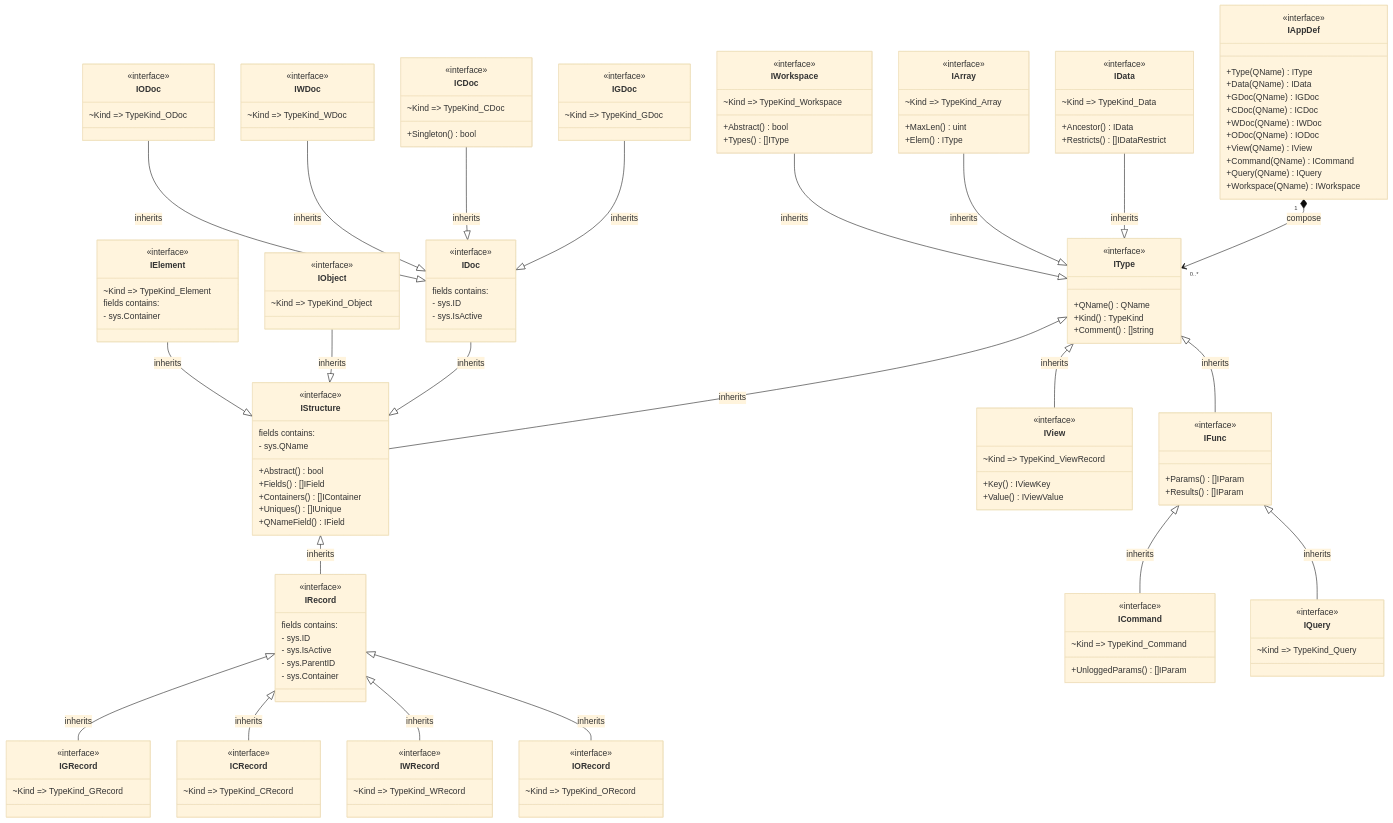
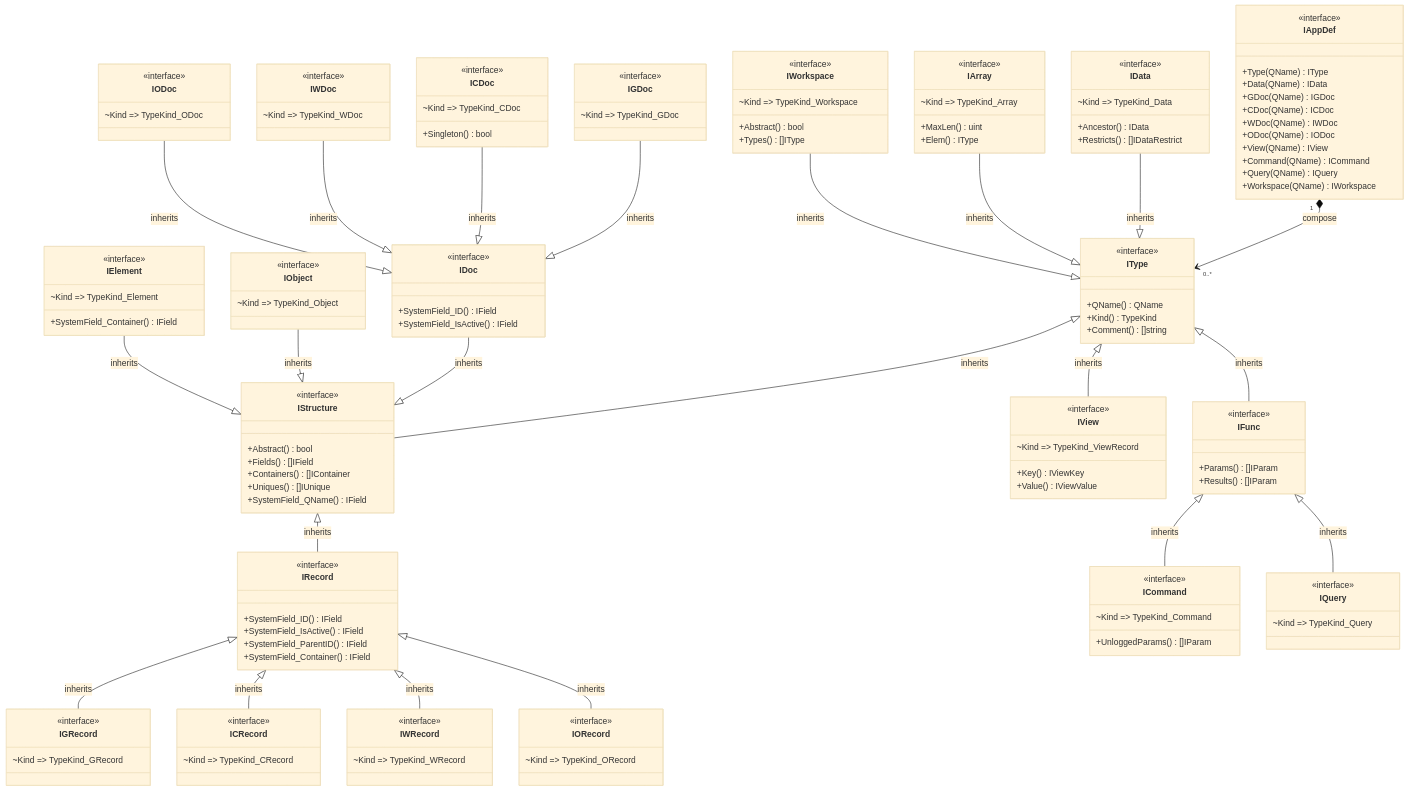
One commit to voedger/voedger changed the first of 6 diagrams in pkg/appdef/README.md. Above: the diagram before and after it, drawn with Mermaid (base theme). The commit also changed other lines of this file, not shown here.

```diff
--- a/pkg/appdef/README.md
+++ b/pkg/appdef/README.md
@@ -49,21 +49,18 @@
     IType <|-- IStructure : inherits
     class IStructure {
         <<interface>>
-        fields contains: 
-        - sys.QName
         +Abstract() bool
         +Fields() []IField
         +Containers() []IContainer
         +Uniques() []IUnique
-        +QNameField() IField
+        +SystemField_QName() IField
     }
 
     IDoc --|> IStructure : inherits
     class IDoc {
         <<interface>>
-        fields contains: 
-        - sys.ID
-        - sys.IsActive
+        +SystemField_ID() IField
+        +SystemField_IsActive() IField
     }
 
     IGDoc --|> IDoc : inherits
@@ -94,11 +91,10 @@
     IStructure <|-- IRecord  : inherits
     class IRecord {
         <<interface>>
-        fields contains: 
-        - sys.ID
-        - sys.IsActive
-        - sys.ParentID
-        - sys.Container
+        +SystemField_ID() IField
+        +SystemField_IsActive() IField
+        +SystemField_ParentID() IField
+        +SystemField_Container() IField
     }
 
     IRecord <|-- IGRecord : inherits
@@ -135,8 +131,7 @@
     class IElement {
         <<interface>>
         ~Kind => TypeKind_Element
-        fields contains: 
-        - sys.Container
+        +SystemField_Container() IField
     }
 
     IType <|-- IView : inherits
```
